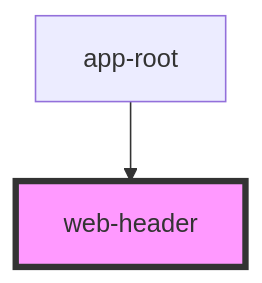
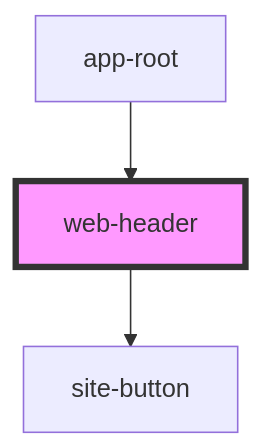
Before and after one commit to gk-git/redirect: the diagram in MyMonty-eu-en-v2/mymonty/src/components/web-header/readme.md, drawn with Mermaid. The commit also changed other lines of this file and 5 other files, not shown here.

````diff
--- a/MyMonty-eu-en-v2/mymonty/src/components/web-header/readme.md
+++ b/MyMonty-eu-en-v2/mymonty/src/components/web-header/readme.md
@@ -15,5 +19,6 @@
 ```mermaid
 graph TD;
+  web-header --> site-button
   app-root --> web-header
   style web-header fill:#f9f,stroke:#333,stroke-width:4px
 ```
````
